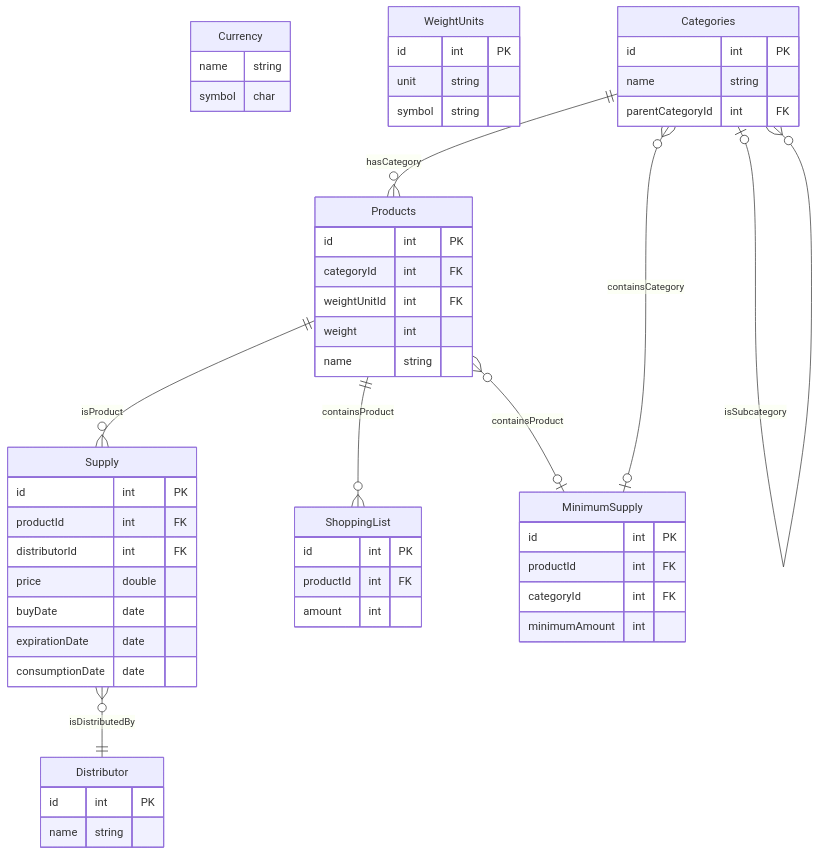
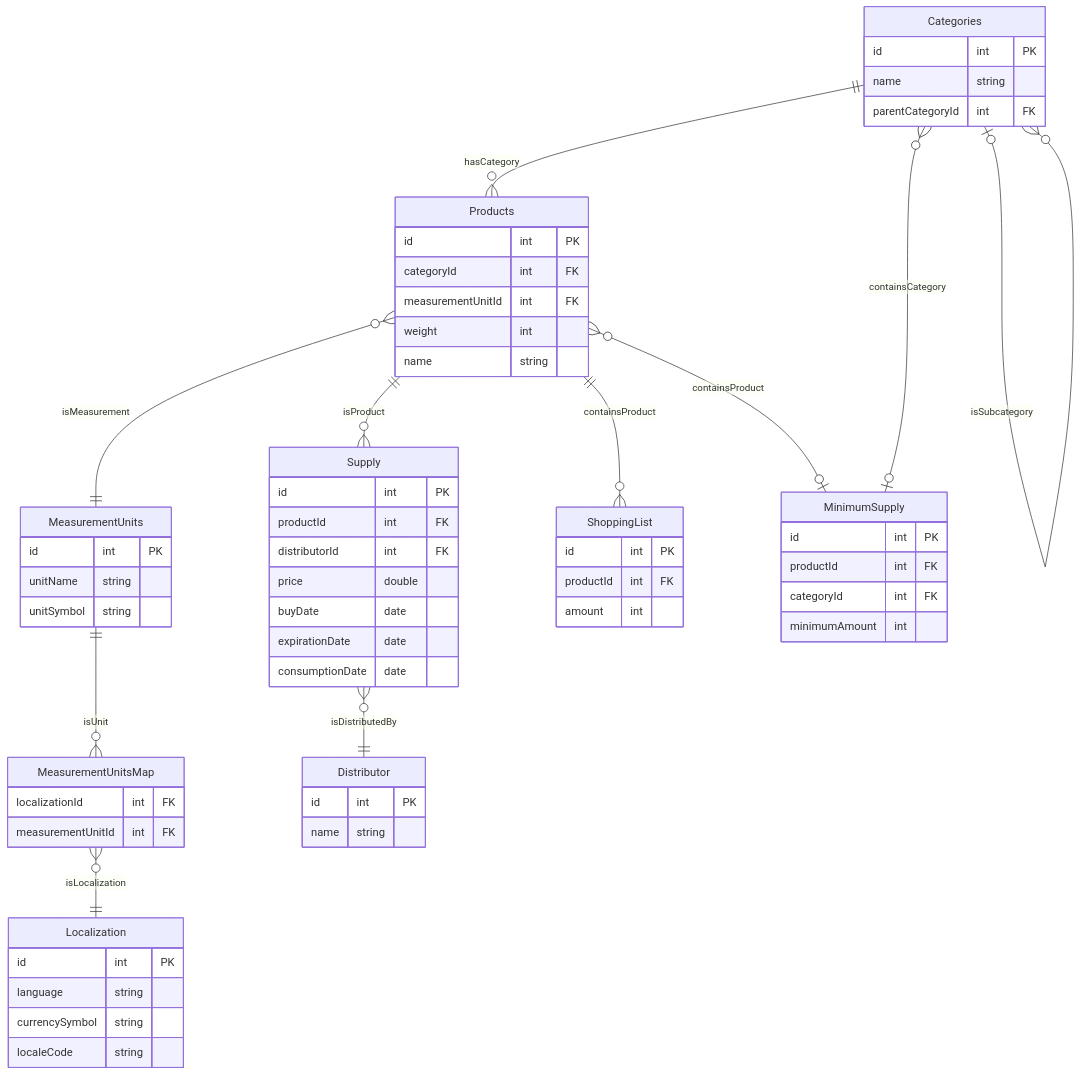
Before and after one commit to lcov29/grocery-item-tracker: the diagram in documentation/implementation-grocery-item-tracker.md, drawn with Mermaid.

Commit message:
update database diagram

````diff
--- a/documentation/implementation-grocery-item-tracker.md
+++ b/documentation/implementation-grocery-item-tracker.md
@@ -23,55 +23,64 @@
 ```mermaid
 erDiagram
-    Currency {
-        name string
-        symbol char
+    Localization {
+        id int PK
+        language string
+        currencySymbol string
+        localeCode string
     }
-    WeightUnits {
+    MeasurementUnits {
         id int PK
-        unit string 
-        symbol string
+        unitName string
+        unitSymbol string
+    }
+    MeasurementUnitsMap {
+        localizationId int FK
+        measurementUnitId int FK
     }
     Categories {
         id int PK
         name string
         parentCategoryId int FK
     }
     Products {
         id int PK
         categoryId int FK
-        weightUnitId int FK
+        measurementUnitId int FK
         weight int
         name string
     }
     Distributor {
         id int PK
         name string
     }
     Supply {
         id int PK
         productId int FK
         distributorId int FK
         price double
         buyDate date
         expirationDate date
         consumptionDate date
     }
     ShoppingList {
         id int PK
         productId int FK
         amount int
     }
     MinimumSupply {
         id int PK
         productId int FK
         categoryId int FK
         minimumAmount int
     }
     Categories |o--o{ Categories : isSubcategory
     Categories ||--o{ Products : hasCategory
     Supply }o--|| Distributor: isDistributedBy
     Products ||--o{ Supply : isProduct
     Products ||--o{ ShoppingList: containsProduct
     Products }o--o| MinimumSupply : containsProduct
+    Products }o--|| MeasurementUnits: isMeasurement
+    MeasurementUnits ||--o{ MeasurementUnitsMap: isUnit
+    MeasurementUnitsMap }o--|| Localization: isLocalization
     Categories }o--o| MinimumSupply : containsCategory
 ```
````
